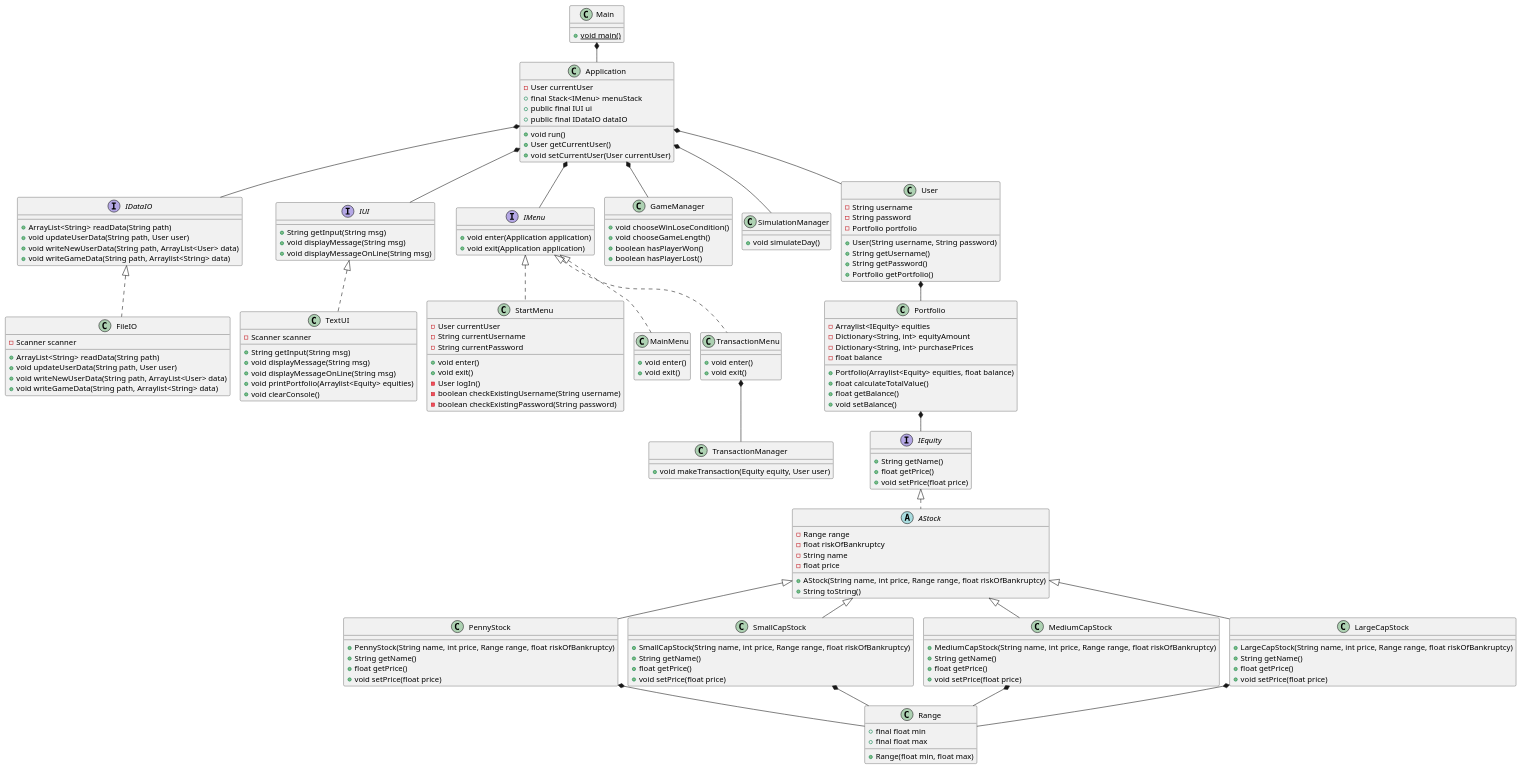
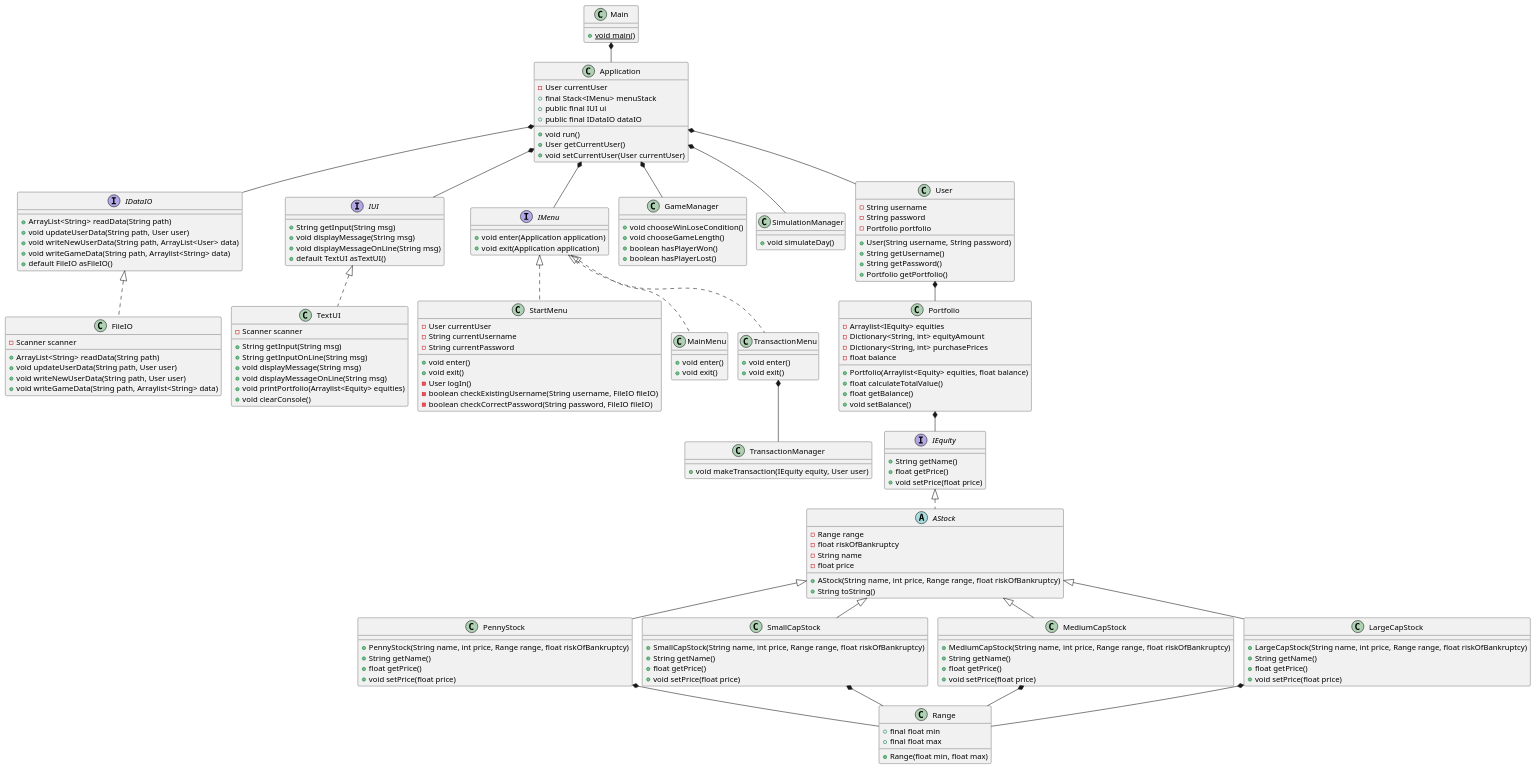
One commit to TobiasTheDanish/AktieSpil changed the diagram in Documentation/KlasseDiagram.puml. Above: the diagram before and after it, drawn with PlantUML. The commit also changed 20 other files, not shown here.

```diff
--- a/Documentation/KlasseDiagram.puml
+++ b/Documentation/KlasseDiagram.puml
@@ -1,174 +1,177 @@
 @startuml
 !pragma layout smetana
 'https://plantuml.com/class-diagram
 class Main {
     + {static} void main()
 }
 
 class Application {
     - User currentUser
     + final Stack<IMenu> menuStack
     + public final IUI ui
     + public final IDataIO dataIO
     + void run()
     + User getCurrentUser()
     + void setCurrentUser(User currentUser)
 }
 
 interface IDataIO {
     + ArrayList<String> readData(String path)
     + void updateUserData(String path, User user)
     + void writeNewUserData(String path, ArrayList<User> data)
     + void writeGameData(String path, Arraylist<String> data)
+    + default FileIO asFileIO()
 }
 
 class FileIO implements IDataIO {
     - Scanner scanner
     + ArrayList<String> readData(String path)
     + void updateUserData(String path, User user)
-    + void writeNewUserData(String path, ArrayList<User> data)
+    + void writeNewUserData(String path, User user)
     + void writeGameData(String path, Arraylist<String> data)
 
 }
 
 interface IUI {
     + String getInput(String msg)
     + void displayMessage(String msg)
     + void displayMessageOnLine(String msg)
+    + default TextUI asTextUI()
 }
 
 class TextUI implements IUI {
     - Scanner scanner
     + String getInput(String msg)
+    + String getInputOnLine(String msg)
     + void displayMessage(String msg)
     + void displayMessageOnLine(String msg)
     + void printPortfolio(Arraylist<Equity> equities)
     + void clearConsole()
 }
 
 interface IMenu {
     + void enter(Application application)
     + void exit(Application application)
 }
 
 class StartMenu implements IMenu {
     - User currentUser
     - String currentUsername
     - String currentPassword
     + void enter()
     + void exit()
     - User logIn()
-    - boolean checkExistingUsername(String username)
-    - boolean checkExistingPassword(String password)
+    - boolean checkExistingUsername(String username, FileIO fileIO)
+    - boolean checkCorrectPassword(String password, FileIO fileIO)
 }
 
 class MainMenu implements IMenu {
     + void enter()
     + void exit()
 }
 
 class TransactionMenu implements IMenu {
     + void enter()
     + void exit()
 }
 
 class TransactionManager {
-    + void makeTransaction(Equity equity, User user)
+    + void makeTransaction(IEquity equity, User user)
 }
 
 class GameManager {
     + void chooseWinLoseCondition()
     + void chooseGameLength()
     + boolean hasPlayerWon()
     + boolean hasPlayerLost()
 }
 
 class SimulationManager {
     + void simulateDay()
 }
 
 class User {
     - String username
     - String password
     - Portfolio portfolio
     + User(String username, String password)
     + String getUsername()
     + String getPassword()
     + Portfolio getPortfolio()
 }
 
 class Portfolio {
     - Arraylist<IEquity> equities
     - Dictionary<String, int> equityAmount
     - Dictionary<String, int> purchasePrices
     - float balance
     + Portfolio(Arraylist<Equity> equities, float balance)
     + float calculateTotalValue()
     + float getBalance()
     + void setBalance()
 
 }
 
 interface IEquity {
     + String getName()
     + float getPrice()
     + void setPrice(float price)
 }
 
 abstract class AStock implements IEquity {
     - Range range
     - float riskOfBankruptcy
     - String name
     - float price
     + AStock(String name, int price, Range range, float riskOfBankruptcy)
     + String toString()
 }
 
 class PennyStock extends AStock {
     + PennyStock(String name, int price, Range range, float riskOfBankruptcy)
     + String getName()
     + float getPrice()
     + void setPrice(float price)
 }
 class SmallCapStock extends AStock {
     + SmallCapStock(String name, int price, Range range, float riskOfBankruptcy)
     + String getName()
     + float getPrice()
     + void setPrice(float price)
 }
 class MediumCapStock extends AStock {
     + MediumCapStock(String name, int price, Range range, float riskOfBankruptcy)
     + String getName()
     + float getPrice()
     + void setPrice(float price)
 }
 class LargeCapStock extends AStock {
     + LargeCapStock(String name, int price, Range range, float riskOfBankruptcy)
     + String getName()
     + float getPrice()
     + void setPrice(float price)
 }
 
 class Range {
     + final float min
     + final float max
     + Range(float min, float max)
 }
 
 Main *-- Application
 Application *-- IMenu
 Application *-- User
 Application *-- SimulationManager
 Application *-- GameManager
 Application *-- IUI
 Application *-- IDataIO
 
 TransactionMenu *-- TransactionManager
 
 User *-- Portfolio
 Portfolio *-- IEquity
 PennyStock *-- Range
 SmallCapStock *-- Range
 MediumCapStock *-- Range
 LargeCapStock *-- Range
 @enduml
```
